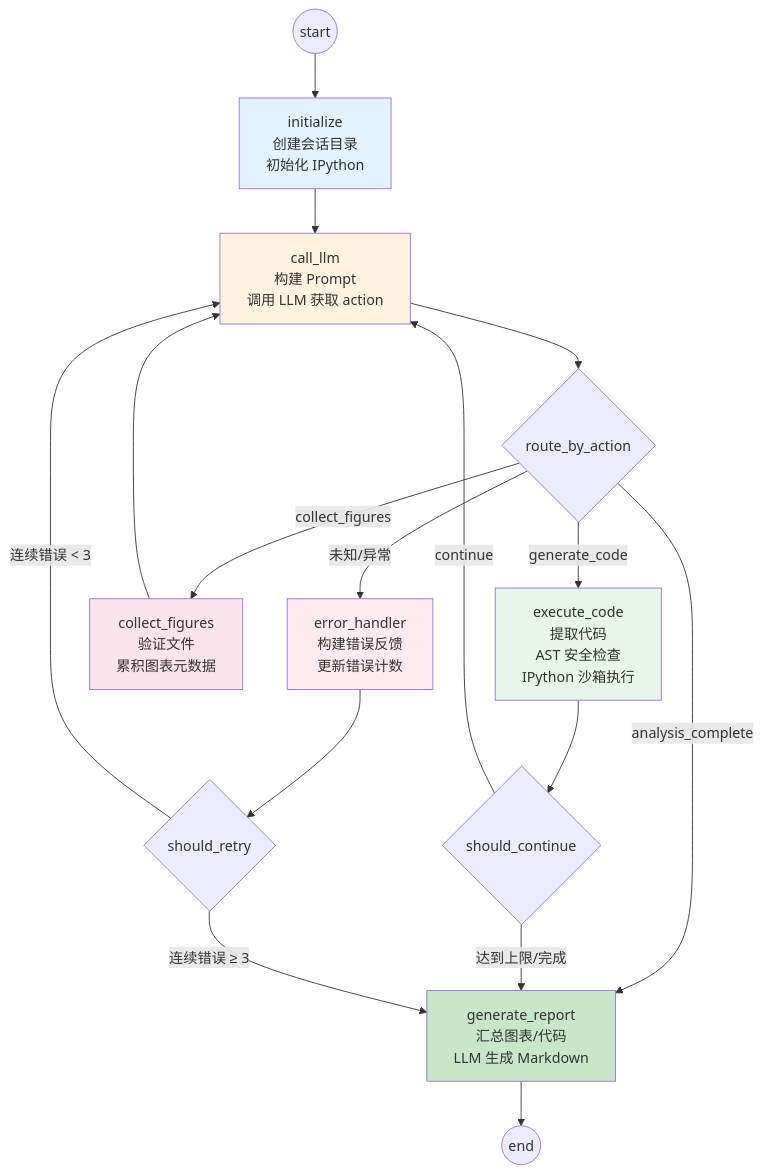
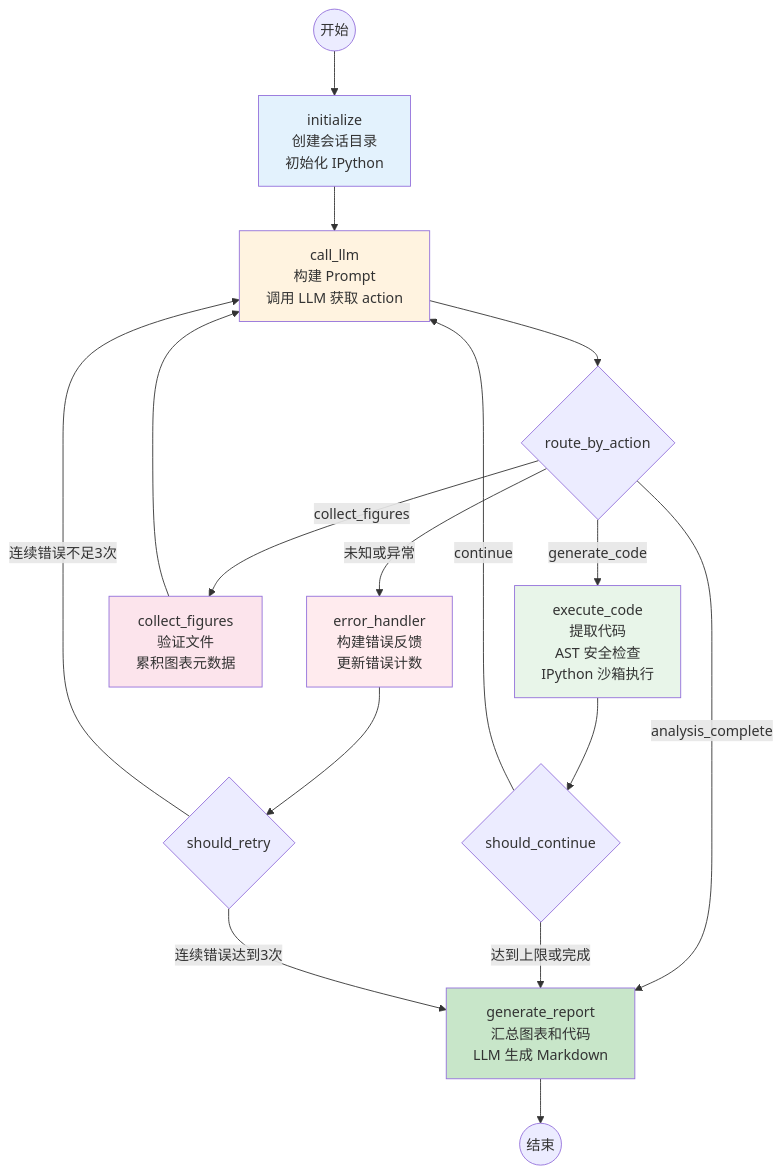
One commit to GuirenCheng/data_analysis_agent changed the first of 2 diagrams in README.md. Above: the diagram before and after it, drawn with Mermaid. The commit also changed other lines of this file, not shown here.

First line of the commit message:
docs: 修复 README 中两处 Mermaid 图渲染失败

````diff
--- a/README.md
+++ b/README.md
@@ -137,25 +137,25 @@
 ```mermaid
-graph TD
-    START((start)) --> INIT[initialize<br/>创建会话目录<br/>初始化 IPython]
+flowchart TD
+    START((开始)) --> INIT[initialize<br/>创建会话目录<br/>初始化 IPython]
     INIT --> LLM[call_llm<br/>构建 Prompt<br/>调用 LLM 获取 action]
     LLM --> ROUTE{route_by_action}
     ROUTE -->|generate_code| EXEC[execute_code<br/>提取代码<br/>AST 安全检查<br/>IPython 沙箱执行]
     ROUTE -->|collect_figures| COLLECT[collect_figures<br/>验证文件<br/>累积图表元数据]
-    ROUTE -->|analysis_complete| REPORT[generate_report<br/>汇总图表/代码<br/>LLM 生成 Markdown]
-    ROUTE -->|未知/异常| ERROR[error_handler<br/>构建错误反馈<br/>更新错误计数]
+    ROUTE -->|analysis_complete| REPORT[generate_report<br/>汇总图表和代码<br/>LLM 生成 Markdown]
+    ROUTE -->|未知或异常| ERROR[error_handler<br/>构建错误反馈<br/>更新错误计数]
     EXEC --> CONT{should_continue}
     CONT -->|continue| LLM
-    CONT -->|达到上限/完成| REPORT
+    CONT -->|达到上限或完成| REPORT
     COLLECT --> LLM
     ERROR --> RETRY{should_retry}
-    RETRY -->|连续错误 &lt; 3| LLM
-    RETRY -->|连续错误 ≥ 3| REPORT
-    REPORT --> END((end))
+    RETRY -->|连续错误不足3次| LLM
+    RETRY -->|连续错误达到3次| REPORT
+    REPORT --> END((结束))
 
     style INIT fill:#e3f2fd
     style LLM fill:#fff3e0
     style EXEC fill:#e8f5e9
     style COLLECT fill:#fce4ec
     style REPORT fill:#c8e6c9
     style ERROR fill:#ffebee
 ```
````
